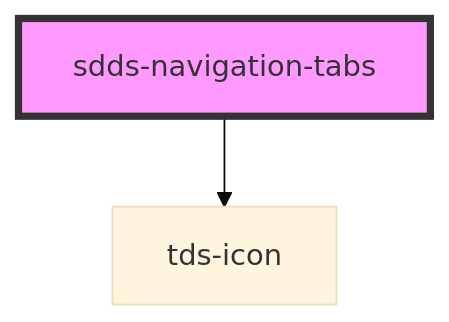
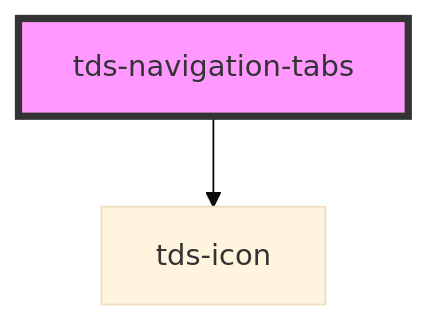
The diagram in core/src/components/tabs/navigation-tabs/readme.md (scania-digital-design-system/tegel), drawn with Mermaid (base theme) before and after one commit. The commit also changed other lines of this file and 8 other files, not shown here.

First line of the commit message:
feat(navigation tabs): prefix change

````diff
--- a/core/src/components/tabs/navigation-tabs/readme.md
+++ b/core/src/components/tabs/navigation-tabs/readme.md
@@ -44,5 +44,5 @@
 ```mermaid
 graph TD;
-  sdds-navigation-tabs --> tds-icon
-  style sdds-navigation-tabs fill:#f9f,stroke:#333,stroke-width:4px
+  tds-navigation-tabs --> tds-icon
+  style tds-navigation-tabs fill:#f9f,stroke:#333,stroke-width:4px
 ```
````
